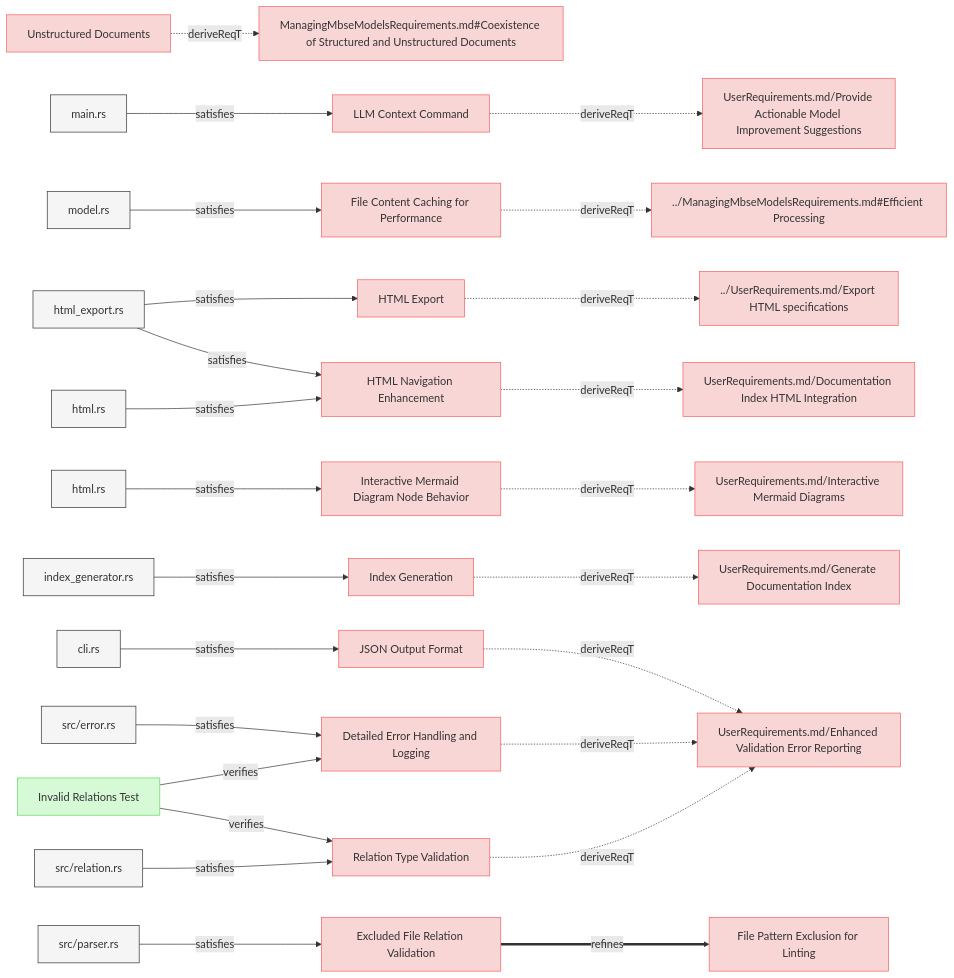
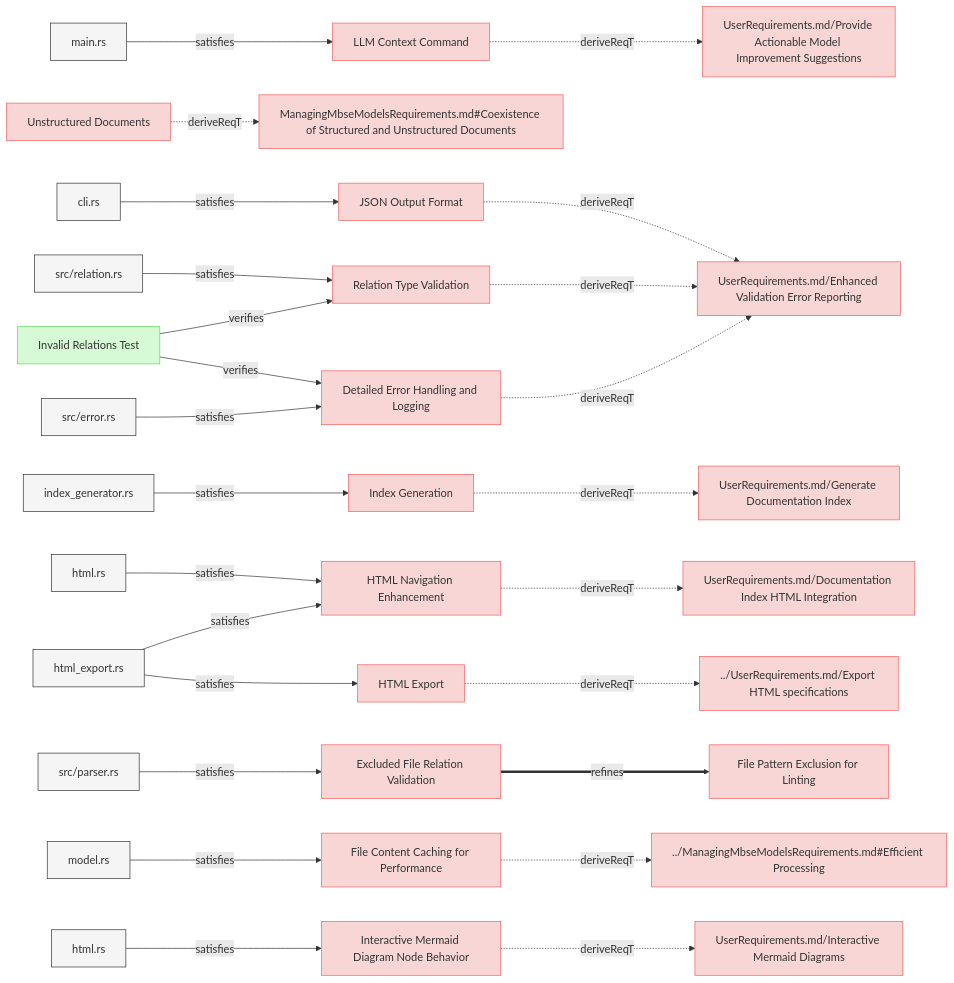
Before and after one commit to reqvire-org/reqvire: the third of 8 diagrams in specifications/SystemRequirements/Requirements.md, drawn with Mermaid. The commit also changed other lines of this file and 16 other files, not shown here.

````diff
--- a/specifications/SystemRequirements/Requirements.md
+++ b/specifications/SystemRequirements/Requirements.md
@@ -250,13 +250,6 @@
   classDef externalLink fill:#d0e0ff,stroke:#3080ff,stroke-width:1px;
   classDef default fill:#f5f5f5,stroke:#333333,stroke-width:1px;
 
-  5a1719a264["Unstructured Documents"];
-  click 5a1719a264 "Requirements.md#unstructured-documents";
-  class 5a1719a264 requirement;
-  daadd8e583["ManagingMbseModelsRequirements.md#Coexistence of Structured and Unstructured Documents"];
-  class daadd8e583 requirement;
-  click daadd8e583 "../ManagingMbseModelsRequirements.md#coexistence-of-structured-and-unstructured-documents";
-  5a1719a264 -.->|deriveReqT| daadd8e583;
   8ba9c7e059["LLM Context Command"];
   click 8ba9c7e059 "Requirements.md#llm-context-command";
   class 8ba9c7e059 requirement;
@@ -268,6 +261,90 @@
   class 4a5edefd6e default;
   click 4a5edefd6e "../../cli/src/main.rs";
   4a5edefd6e -->|satisfies| 8ba9c7e059;
+  5a1719a264["Unstructured Documents"];
+  click 5a1719a264 "Requirements.md#unstructured-documents";
+  class 5a1719a264 requirement;
+  daadd8e583["ManagingMbseModelsRequirements.md#Coexistence of Structured and Unstructured Documents"];
+  class daadd8e583 requirement;
+  click daadd8e583 "../ManagingMbseModelsRequirements.md#coexistence-of-structured-and-unstructured-documents";
+  5a1719a264 -.->|deriveReqT| daadd8e583;
+  5ec6a2668b["JSON Output Format"];
+  click 5ec6a2668b "Requirements.md#json-output-format";
+  class 5ec6a2668b requirement;
+  7cf5cf9900["UserRequirements.md/Enhanced Validation Error Reporting"];
+  class 7cf5cf9900 requirement;
+  click 7cf5cf9900 "../UserRequirements.md#enhanced-validation-error-reporting";
+  5ec6a2668b -.->|deriveReqT| 7cf5cf9900;
+  11ffc4632a["cli.rs"];
+  class 11ffc4632a default;
+  click 11ffc4632a "../../cli/src/cli.rs";
+  11ffc4632a -->|satisfies| 5ec6a2668b;
+  8acd24c7c2["Index Generation"];
+  click 8acd24c7c2 "Requirements.md#index-generation";
+  class 8acd24c7c2 requirement;
+  f5b5eaeb28["UserRequirements.md/Generate Documentation Index"];
+  class f5b5eaeb28 requirement;
+  click f5b5eaeb28 "../UserRequirements.md#generate-documentation-index";
+  8acd24c7c2 -.->|deriveReqT| f5b5eaeb28;
+  3ef6afafe2["index_generator.rs"];
+  class 3ef6afafe2 default;
+  click 3ef6afafe2 "../../core/src/index_generator.rs";
+  3ef6afafe2 -->|satisfies| 8acd24c7c2;
+  5870488e00["Relation Type Validation"];
+  click 5870488e00 "Requirements.md#relation-type-validation";
+  class 5870488e00 requirement;
+  5870488e00 -.->|deriveReqT| 7cf5cf9900;
+  ed4f94bde9["src/relation.rs"];
+  class ed4f94bde9 default;
+  click ed4f94bde9 "../../core/src/relation.rs";
+  ed4f94bde9 -->|satisfies| 5870488e00;
+  fbf9362574["Invalid Relations Test"];
+  class fbf9362574 verification;
+  click fbf9362574 "../Verifications/ValidationTests.md#invalid-relations-test";
+  fbf9362574 -->|verifies| 5870488e00;
+  86e0701b6c["HTML Navigation Enhancement"];
+  click 86e0701b6c "Requirements.md#html-navigation-enhancement";
+  class 86e0701b6c requirement;
+  e1c89b5d94["UserRequirements.md/Documentation Index HTML Integration"];
+  class e1c89b5d94 requirement;
+  click e1c89b5d94 "../UserRequirements.md#documentation-index-html-integration";
+  86e0701b6c -.->|deriveReqT| e1c89b5d94;
+  c788e5b84f["html.rs"];
+  class c788e5b84f default;
+  click c788e5b84f "../../core/src/html.rs";
+  c788e5b84f -->|satisfies| 86e0701b6c;
+  8cb11d152f["html_export.rs"];
+  class 8cb11d152f default;
+  click 8cb11d152f "../../core/src/html_export.rs";
+  8cb11d152f -->|satisfies| 86e0701b6c;
+  c8b6ccc187["HTML Export"];
+  click c8b6ccc187 "Requirements.md#html-export";
+  class c8b6ccc187 requirement;
+  72c7eda618["../UserRequirements.md/Export HTML specifications"];
+  class 72c7eda618 requirement;
+  click 72c7eda618 "../UserRequirements.md#export-html-specifications";
+  c8b6ccc187 -.->|deriveReqT| 72c7eda618;
+  8cb11d152f -->|satisfies| c8b6ccc187;
+  bdfd9d65e4["Detailed Error Handling and Logging"];
+  click bdfd9d65e4 "Requirements.md#detailed-error-handling-and-logging";
+  class bdfd9d65e4 requirement;
+  bdfd9d65e4 -.->|deriveReqT| 7cf5cf9900;
+  8cd8a561b4["src/error.rs"];
+  class 8cd8a561b4 default;
+  click 8cd8a561b4 "../../core/src/error.rs";
+  8cd8a561b4 -->|satisfies| bdfd9d65e4;
+  fbf9362574 -->|verifies| bdfd9d65e4;
+  c5c85bedd1["Excluded File Relation Validation"];
+  click c5c85bedd1 "Requirements.md#excluded-file-relation-validation";
+  class c5c85bedd1 requirement;
+  45770e9b31["File Pattern Exclusion for Linting"];
+  class 45770e9b31 requirement;
+  click 45770e9b31 "Requirements.md#file-pattern-exclusion-for-linting";
+  c5c85bedd1 ==>|refines| 45770e9b31;
+  3b1e87396c["src/parser.rs"];
+  class 3b1e87396c default;
+  click 3b1e87396c "../../core/src/parser.rs";
+  3b1e87396c -->|satisfies| c5c85bedd1;
   98bd2bd6bd["File Content Caching for Performance"];
   click 98bd2bd6bd "Requirements.md#file-content-caching-for-performance";
   class 98bd2bd6bd requirement;
@@ -279,17 +356,6 @@
   class 6136c216c9 default;
   click 6136c216c9 "../../core/src/model.rs";
   6136c216c9 -->|satisfies| 98bd2bd6bd;
-  c8b6ccc187["HTML Export"];
-  click c8b6ccc187 "Requirements.md#html-export";
-  class c8b6ccc187 requirement;
-  72c7eda618["../UserRequirements.md/Export HTML specifications"];
-  class 72c7eda618 requirement;
-  click 72c7eda618 "../UserRequirements.md#export-html-specifications";
-  c8b6ccc187 -.->|deriveReqT| 72c7eda618;
-  8cb11d152f["html_export.rs"];
-  class 8cb11d152f default;
-  click 8cb11d152f "../../core/src/html_export.rs";
-  8cb11d152f -->|satisfies| c8b6ccc187;
   7a8da8dfee["Interactive Mermaid Diagram Node Behavior"];
   click 7a8da8dfee "Requirements.md#interactive-mermaid-diagram-node-behavior";
   class 7a8da8dfee requirement;
@@ -301,70 +367,4 @@
   class d4240e2969 default;
   click d4240e2969 "../../core/src/diagrams.rs";
   d4240e2969 -->|satisfies| 7a8da8dfee;
-  8acd24c7c2["Index Generation"];
-  click 8acd24c7c2 "Requirements.md#index-generation";
-  class 8acd24c7c2 requirement;
-  f5b5eaeb28["UserRequirements.md/Generate Documentation Index"];
-  class f5b5eaeb28 requirement;
-  click f5b5eaeb28 "../UserRequirements.md#generate-documentation-index";
-  8acd24c7c2 -.->|deriveReqT| f5b5eaeb28;
-  3ef6afafe2["index_generator.rs"];
-  class 3ef6afafe2 default;
-  click 3ef6afafe2 "../../core/src/index_generator.rs";
-  3ef6afafe2 -->|satisfies| 8acd24c7c2;
-  5ec6a2668b["JSON Output Format"];
-  click 5ec6a2668b "Requirements.md#json-output-format";
-  class 5ec6a2668b requirement;
-  7cf5cf9900["UserRequirements.md/Enhanced Validation Error Reporting"];
-  class 7cf5cf9900 requirement;
-  click 7cf5cf9900 "../UserRequirements.md#enhanced-validation-error-reporting";
-  5ec6a2668b -.->|deriveReqT| 7cf5cf9900;
-  11ffc4632a["cli.rs"];
-  class 11ffc4632a default;
-  click 11ffc4632a "../../cli/src/cli.rs";
-  11ffc4632a -->|satisfies| 5ec6a2668b;
-  c5c85bedd1["Excluded File Relation Validation"];
-  click c5c85bedd1 "Requirements.md#excluded-file-relation-validation";
-  class c5c85bedd1 requirement;
-  45770e9b31["File Pattern Exclusion for Linting"];
-  class 45770e9b31 requirement;
-  click 45770e9b31 "Requirements.md#file-pattern-exclusion-for-linting";
-  c5c85bedd1 ==>|refines| 45770e9b31;
-  3b1e87396c["src/parser.rs"];
-  class 3b1e87396c default;
-  click 3b1e87396c "../../core/src/parser.rs";
-  3b1e87396c -->|satisfies| c5c85bedd1;
-  bdfd9d65e4["Detailed Error Handling and Logging"];
-  click bdfd9d65e4 "Requirements.md#detailed-error-handling-and-logging";
-  class bdfd9d65e4 requirement;
-  bdfd9d65e4 -.->|deriveReqT| 7cf5cf9900;
-  8cd8a561b4["src/error.rs"];
-  class 8cd8a561b4 default;
-  click 8cd8a561b4 "../../core/src/error.rs";
-  8cd8a561b4 -->|satisfies| bdfd9d65e4;
-  fbf9362574["Invalid Relations Test"];
-  class fbf9362574 verification;
-  click fbf9362574 "../Verifications/ValidationTests.md#invalid-relations-test";
-  fbf9362574 -->|verifies| bdfd9d65e4;
-  86e0701b6c["HTML Navigation Enhancement"];
-  click 86e0701b6c "Requirements.md#html-navigation-enhancement";
-  class 86e0701b6c requirement;
-  e1c89b5d94["UserRequirements.md/Documentation Index HTML Integration"];
-  class e1c89b5d94 requirement;
-  click e1c89b5d94 "../UserRequirements.md#documentation-index-html-integration";
-  86e0701b6c -.->|deriveReqT| e1c89b5d94;
-  c788e5b84f["html.rs"];
-  class c788e5b84f default;
-  click c788e5b84f "../../core/src/html.rs";
-  c788e5b84f -->|satisfies| 86e0701b6c;
-  8cb11d152f -->|satisfies| 86e0701b6c;
-  5870488e00["Relation Type Validation"];
-  click 5870488e00 "Requirements.md#relation-type-validation";
-  class 5870488e00 requirement;
-  5870488e00 -.->|deriveReqT| 7cf5cf9900;
-  ed4f94bde9["src/relation.rs"];
-  class ed4f94bde9 default;
-  click ed4f94bde9 "../../core/src/relation.rs";
-  ed4f94bde9 -->|satisfies| 5870488e00;
-  fbf9362574 -->|verifies| 5870488e00;
 ```
````
